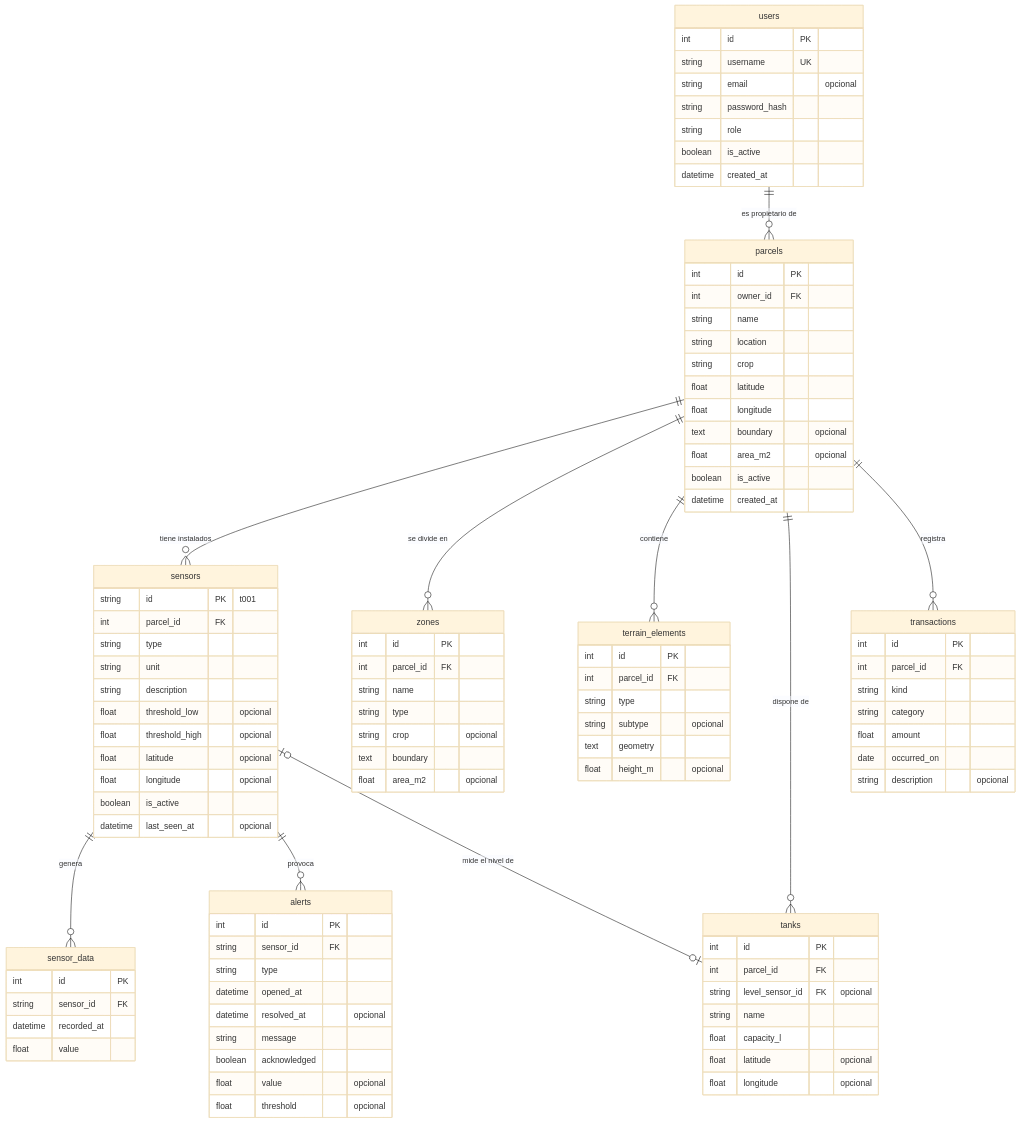
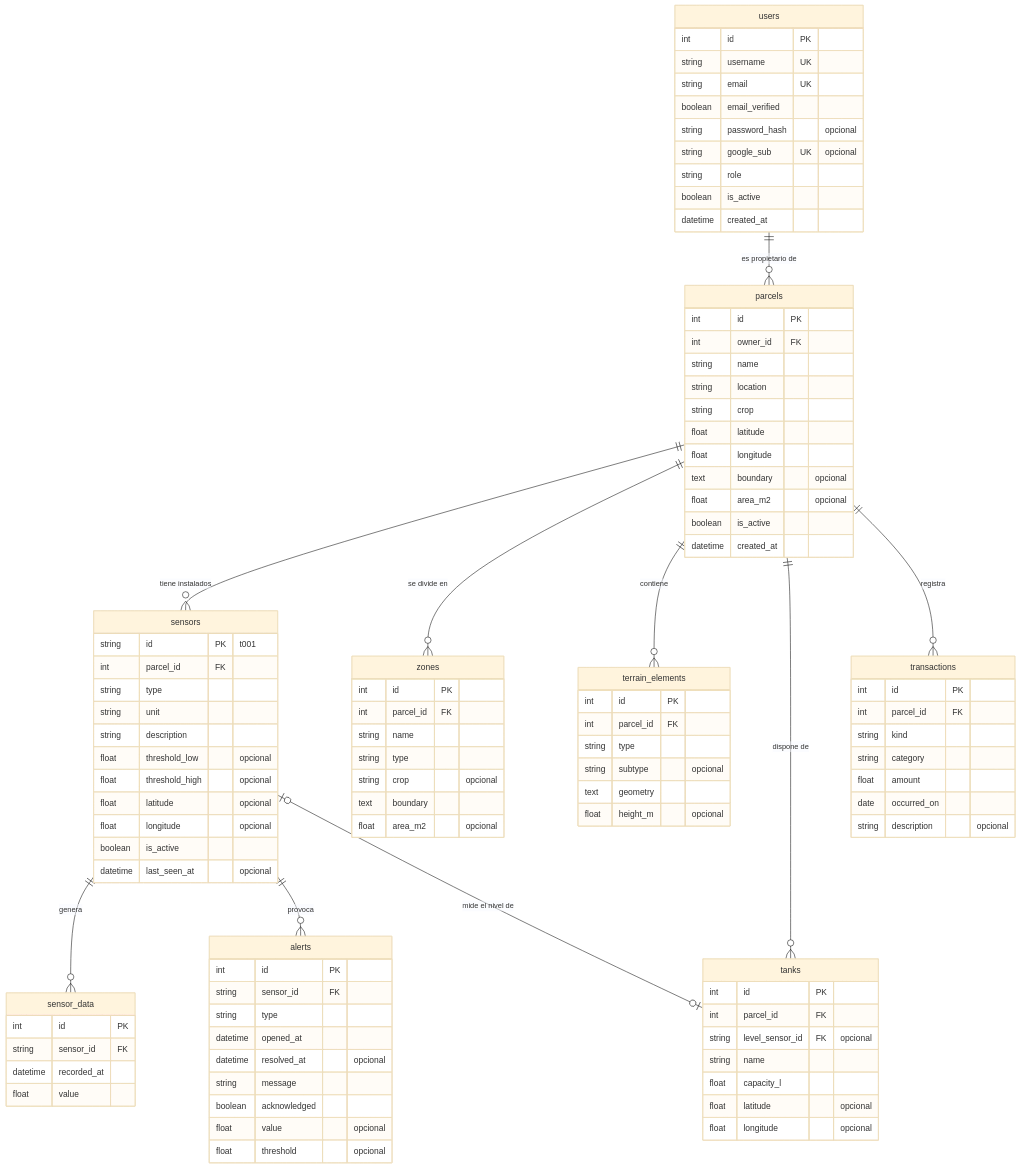
The diagram in docs/modelo-datos.md (MarioHernandezDev/demeter), drawn with Mermaid (base theme) before and after one commit. The commit also changed other lines of this file, not shown here.

Commit message:
docs(db): modelo de datos v1.1, acceso con Google y correo verificado (#11)

```diff
--- a/docs/modelo-datos.md
+++ b/docs/modelo-datos.md
@@ -88,8 +101,10 @@
     users {
         int id PK
         string username UK
-        string email "opcional"
-        string password_hash
+        string email UK
+        boolean email_verified
+        string password_hash "opcional"
+        string google_sub UK "opcional"
         string role
         boolean is_active
         datetime created_at
```
